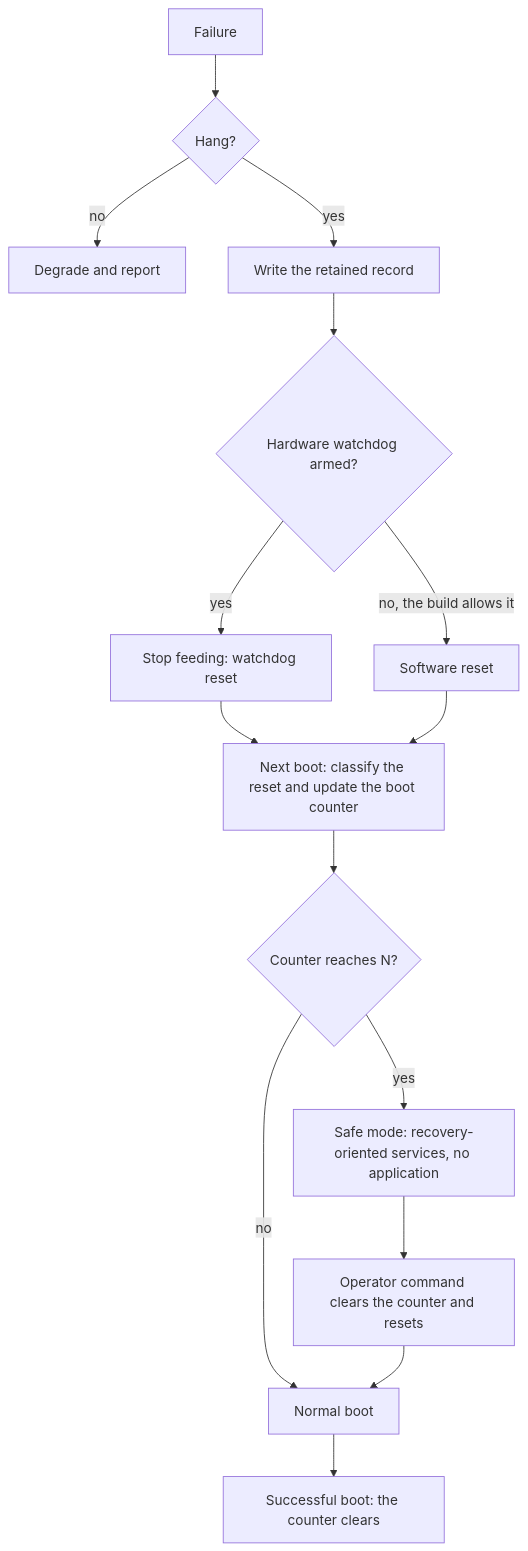
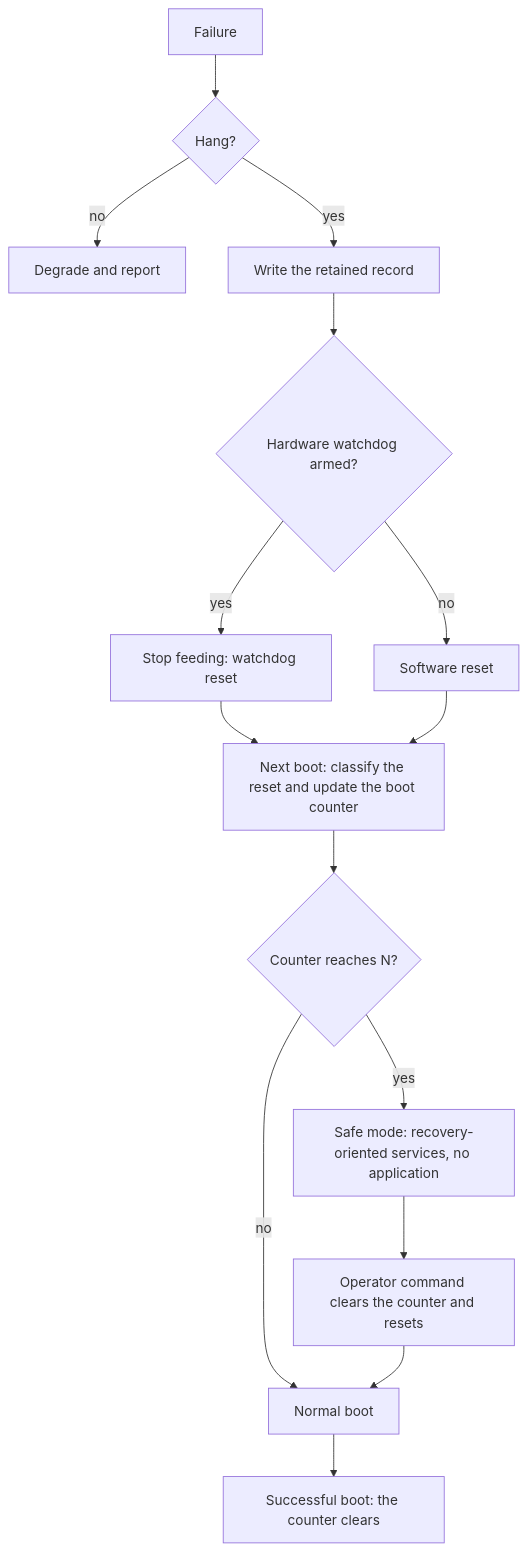
Before and after one commit to wonny-labs/crux-controller: the third of 3 diagrams in docs/design/controller-framework.md, drawn with Mermaid. The commit also changed other lines of this file and 2 other files, not shown here.

````diff
--- a/docs/design/controller-framework.md
+++ b/docs/design/controller-framework.md
@@ -159,17 +159,17 @@
 ```mermaid
 flowchart TD
     failure["Failure"] --> hang{"Hang?"}
     hang -->|no| degrade["Degrade and report"]
     hang -->|yes| record["Write the retained record"]
     record --> armed{"Hardware watchdog armed?"}
     armed -->|yes| reset["Stop feeding: watchdog reset"]
-    armed -->|"no, the build allows it"| soft["Software reset"]
+    armed -->|no| soft["Software reset"]
     reset --> classify["Next boot: classify the reset and update the boot counter"]
     soft --> classify
     classify --> limit{"Counter reaches N?"}
     limit -->|no| normal["Normal boot"]
     limit -->|yes| safe["Safe mode: recovery-oriented services, no application"]
     safe --> exit["Operator command clears the counter and resets"]
     exit --> normal
     normal --> stable["Successful boot: the counter clears"]
 ```
````
